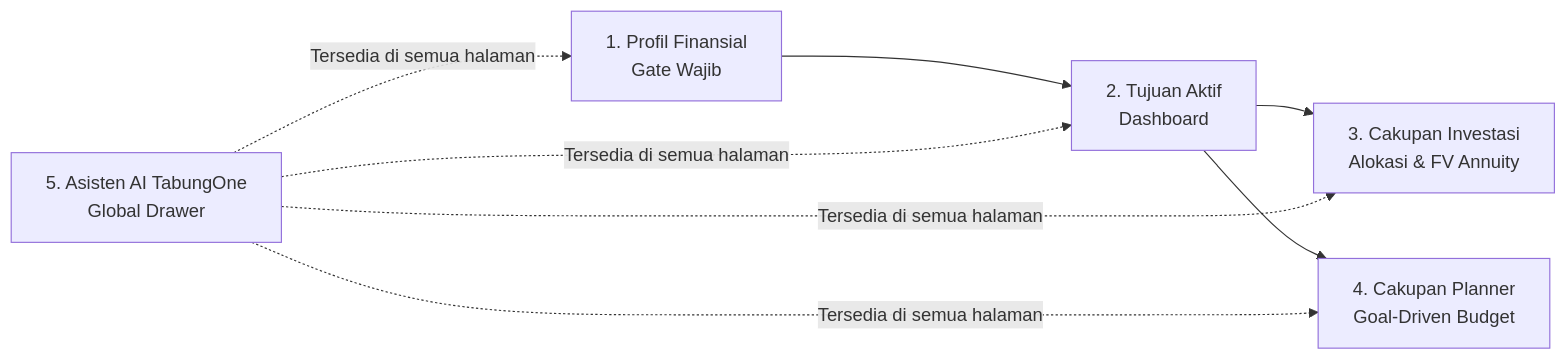
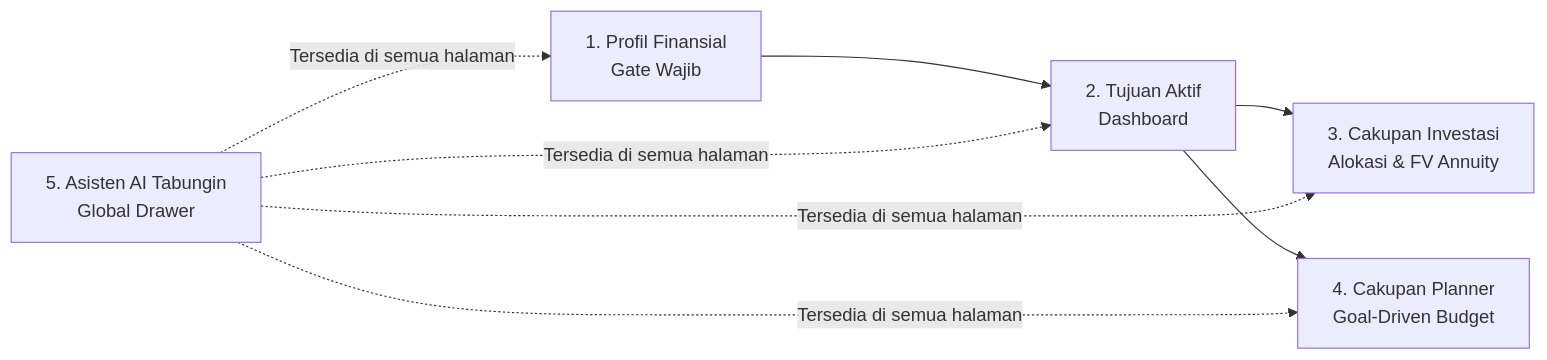
One commit to alxtim10/financial-planner changed the diagram in PRD.md. Above: the diagram before and after it, drawn with Mermaid. The commit also changed other lines of this file and 6 other files, not shown here.

````diff
--- a/PRD.md
+++ b/PRD.md
@@ -23,7 +23,7 @@
 ```mermaid
 flowchart LR
     A[1. Profil Finansial\nGate Wajib] --> B[2. Tujuan Aktif\nDashboard]
     B --> C[3. Cakupan Investasi\nAlokasi & FV Annuity]
     B --> D[4. Cakupan Planner\nGoal-Driven Budget]
-    E[5. Asisten AI TabungOne\nGlobal Drawer] -.Tersedia di semua halaman.-> A & B & C & D
+    E[5. Asisten AI Tabungin\nGlobal Drawer] -.Tersedia di semua halaman.-> A & B & C & D
 ```
````
